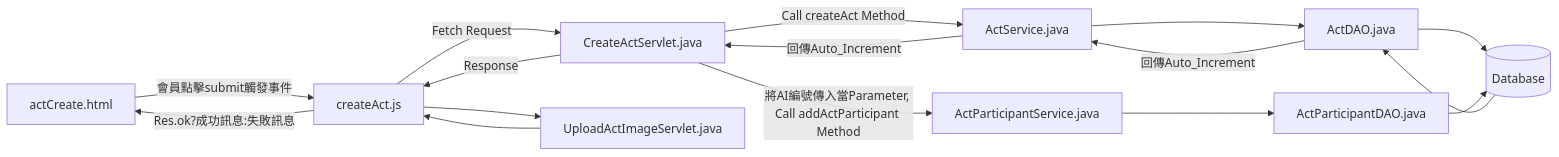
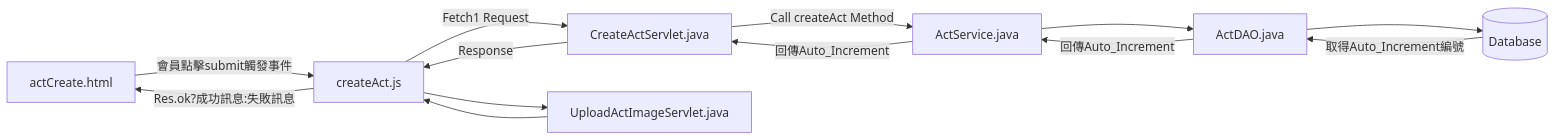
The second of 12 diagrams in README.md (TLexYuW/CGA103G1OwnPart), drawn with Mermaid before and after one commit. The commit also changed other lines of this file, not shown here.

Commit message:
LexVaultBackup: 2022-09-11 22:43:53
Affected files:
README.md

````diff
--- a/README.md
+++ b/README.md
@@ -62,12 +62,9 @@
 ```mermaid
 flowchart LR
-	aC[actCreate.html] -->|會員點擊submit觸發事件| cA[createAct.js] -->|Fetch Request| CAS[CreateActServlet.java] 
+	aC[actCreate.html] -->|會員點擊submit觸發事件| cA[createAct.js] -->|Fetch1 Request| CAS[CreateActServlet.java] 
 	-->|Call createAct Method| AS[ActService.java] --> AD[ActDAO.java] --> DB[(Database)]
-	DB --> AD -->|回傳Auto_Increment| AS -->|回傳Auto_Increment| CAS -->|Response| cA -->|Res.ok?成功訊息:失敗訊息| aC
-	
-	CAS -->|將AI編號傳入當Parameter, Call addActParticipant Method| APS[ActParticipantService.java] 
-	--> APDAO[ActParticipantDAO.java] --> DB[(Database)]
+	DB -->|取得Auto_Increment編號| AD -->|回傳Auto_Increment| AS -->|回傳Auto_Increment| CAS -->|Response| cA -->|Res.ok?成功訊息:失敗訊息| aC
 	
 	cA --> UAIS[UploadActImageServlet.java]
 	UAIS --> cA
 ```
````
